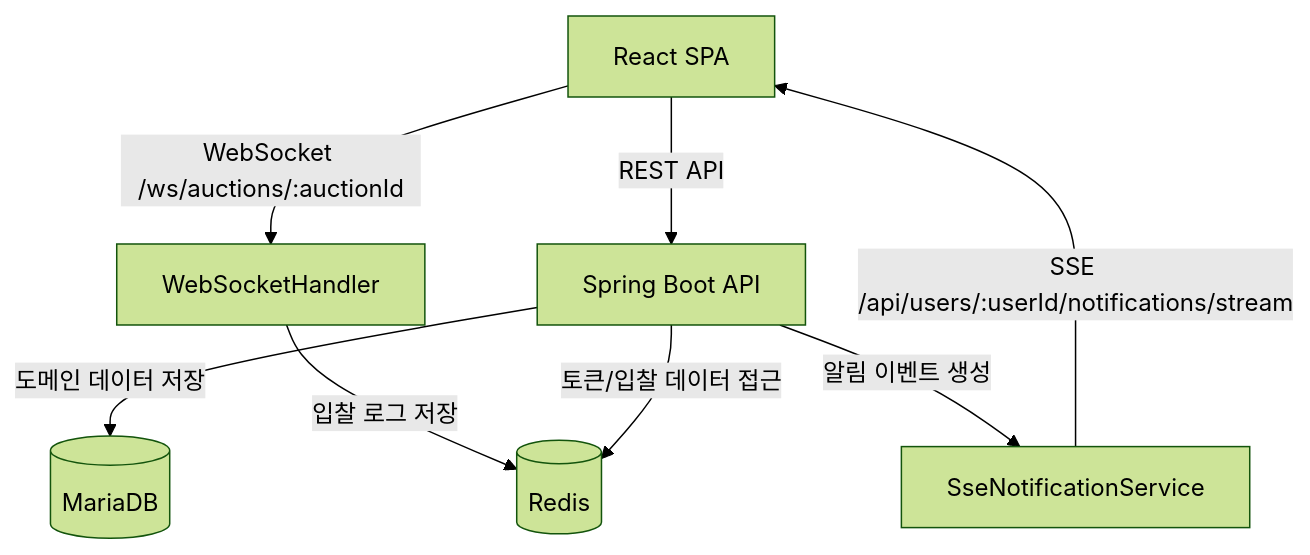
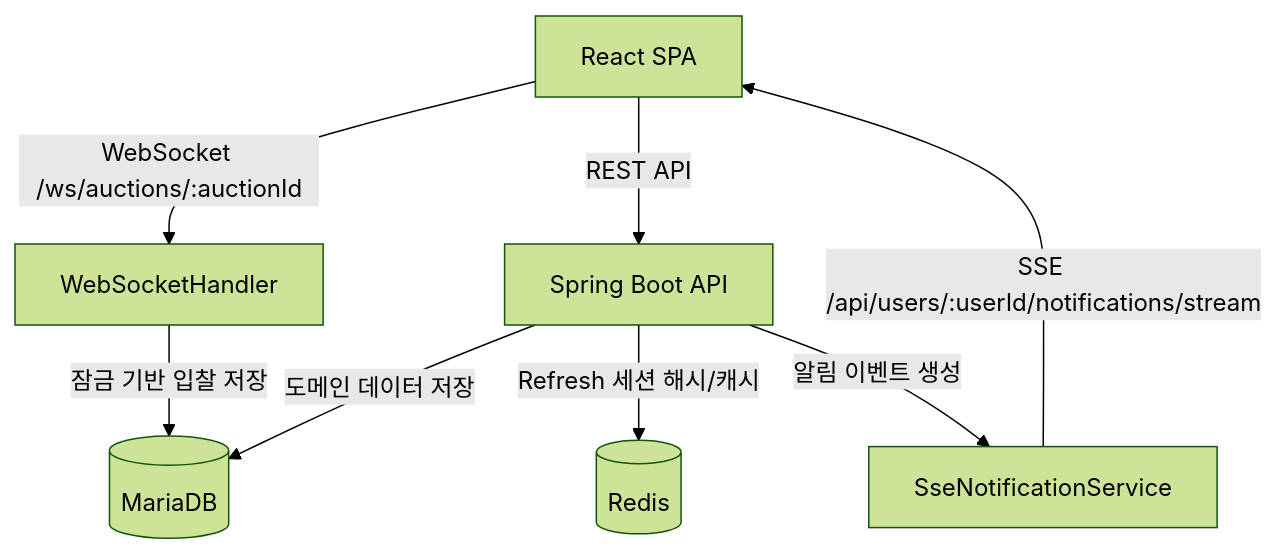
One commit to JuheonOh/realtime-auction-spring changed the diagram in readme.md. Above: the diagram before and after it, drawn with Mermaid (forest theme). The commit also changed other lines of this file and 73 other files, not shown here.

````diff
--- a/readme.md
+++ b/readme.md
@@ -23,18 +23,18 @@
 ```mermaid
 graph TD;
     FE[React SPA];
     BE[Spring Boot API];
     WS[WebSocketHandler];
     SSE[SseNotificationService];
     DB[(MariaDB)];
     REDIS[(Redis)];
 
     FE -->|REST API| BE;
     FE -->|WebSocket /ws/auctions/:auctionId| WS;
     SSE -->|SSE /api/users/:userId/notifications/stream| FE;
 
-    WS -->|입찰 로그 저장| REDIS;
+    WS -->|잠금 기반 입찰 저장| DB;
     BE -->|도메인 데이터 저장| DB;
-    BE -->|토큰/입찰 데이터 접근| REDIS;
+    BE -->|Refresh 세션 해시/캐시| REDIS;
     BE -->|알림 이벤트 생성| SSE;
 ```
````
